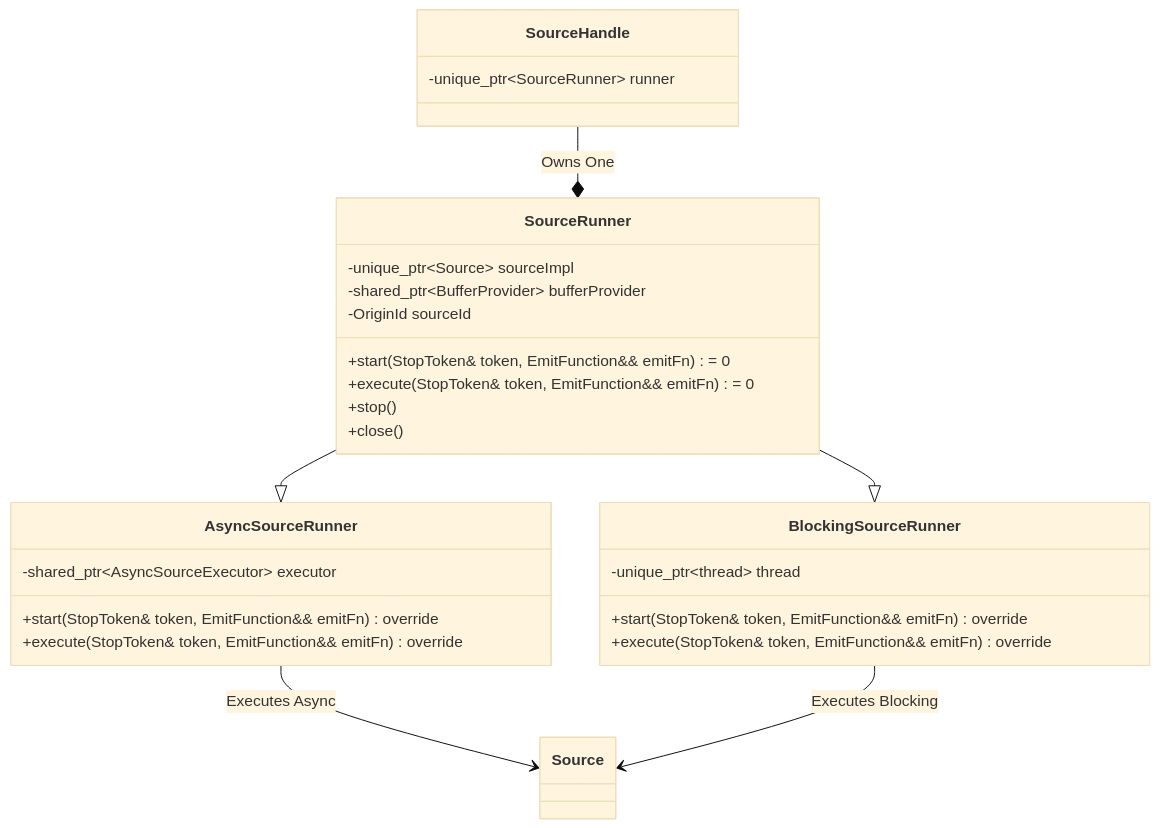
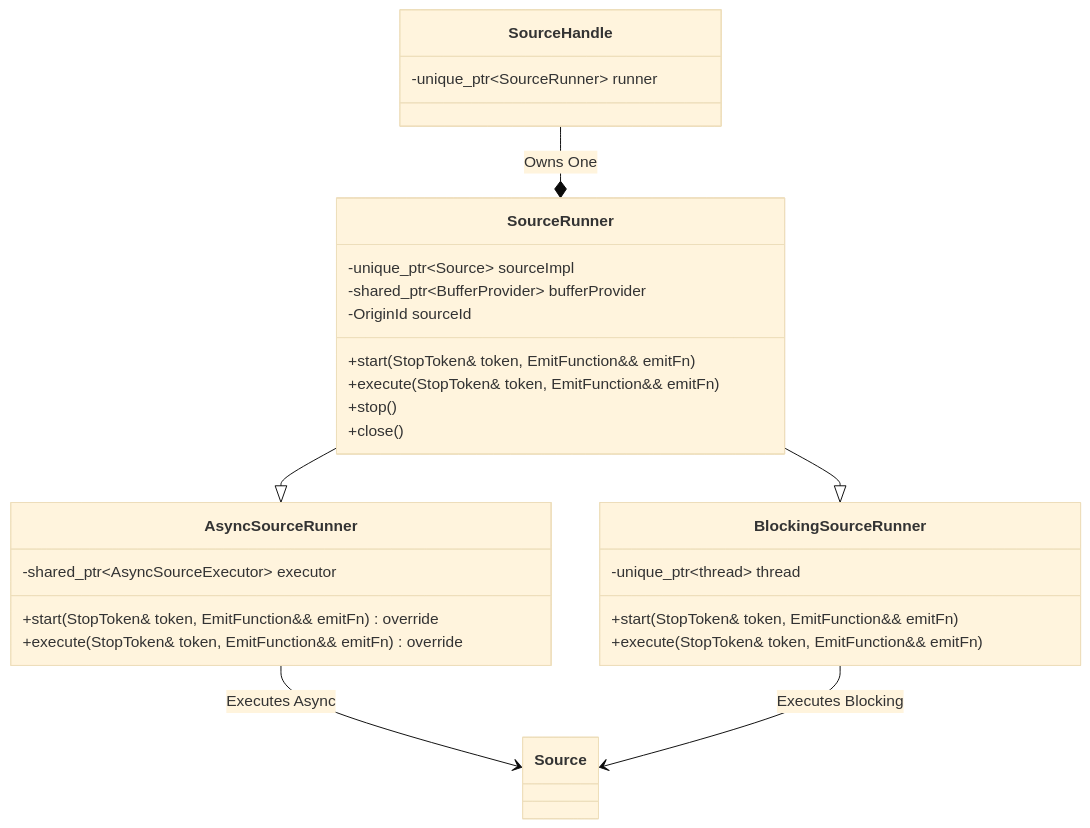
One commit to nebulastream/nebulastream changed the first of 2 diagrams in docs/design/20241011_source_redesign.md. Above: the diagram before and after it, drawn with Mermaid (base theme). The commit also changed other lines of this file, not shown here.

````diff
--- a/docs/design/20241011_source_redesign.md
+++ b/docs/design/20241011_source_redesign.md
@@ -204,34 +210,34 @@
 ```mermaid
 classDiagram
     SourceHandle --* SourceRunner: Owns One
     SourceRunner --|> BlockingSourceRunner
     SourceRunner --|> AsyncSourceRunner
     AsyncSourceRunner --> Source: Executes Async
     BlockingSourceRunner --> Source: Executes Blocking
 
     class SourceHandle {
       -unique_ptr~SourceRunner~ runner
     }
 
     class SourceRunner {
         -unique_ptr~Source~ sourceImpl
         -shared_ptr~BufferProvider~ bufferProvider
         -OriginId sourceId
-        +start(StopToken& token, EmitFunction&& emitFn) = 0
-        +execute(StopToken& token, EmitFunction&& emitFn) = 0
+        +start(StopToken& token, EmitFunction&& emitFn)
+        +execute(StopToken& token, EmitFunction&& emitFn)
         +stop()
         +close()
     }
 
     class BlockingSourceRunner {
         -unique_ptr~thread~ thread
-        +start(StopToken& token, EmitFunction&& emitFn) override
-        +execute(StopToken& token, EmitFunction&& emitFn) override
+        +start(StopToken& token, EmitFunction&& emitFn)
+        +execute(StopToken& token, EmitFunction&& emitFn)
     }
 
     class AsyncSourceRunner {
         -shared_ptr~AsyncSourceExecutor~ executor
         +start(StopToken& token, EmitFunction&& emitFn) override
         +execute(StopToken& token, EmitFunction&& emitFn) override
     }
 ```
````
